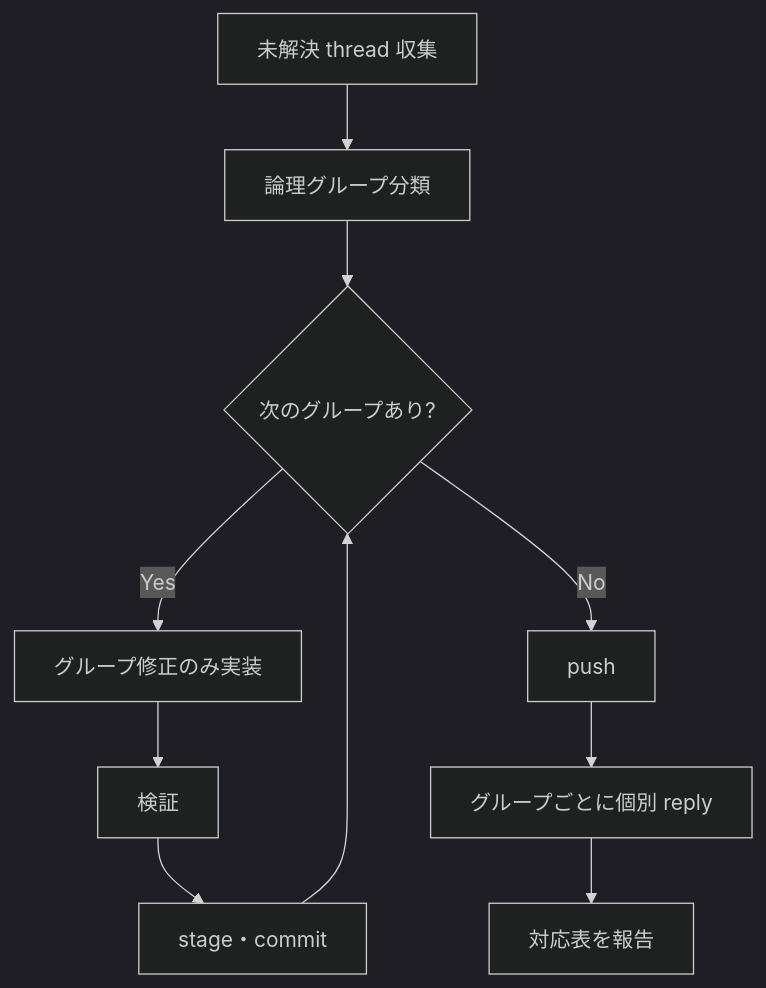
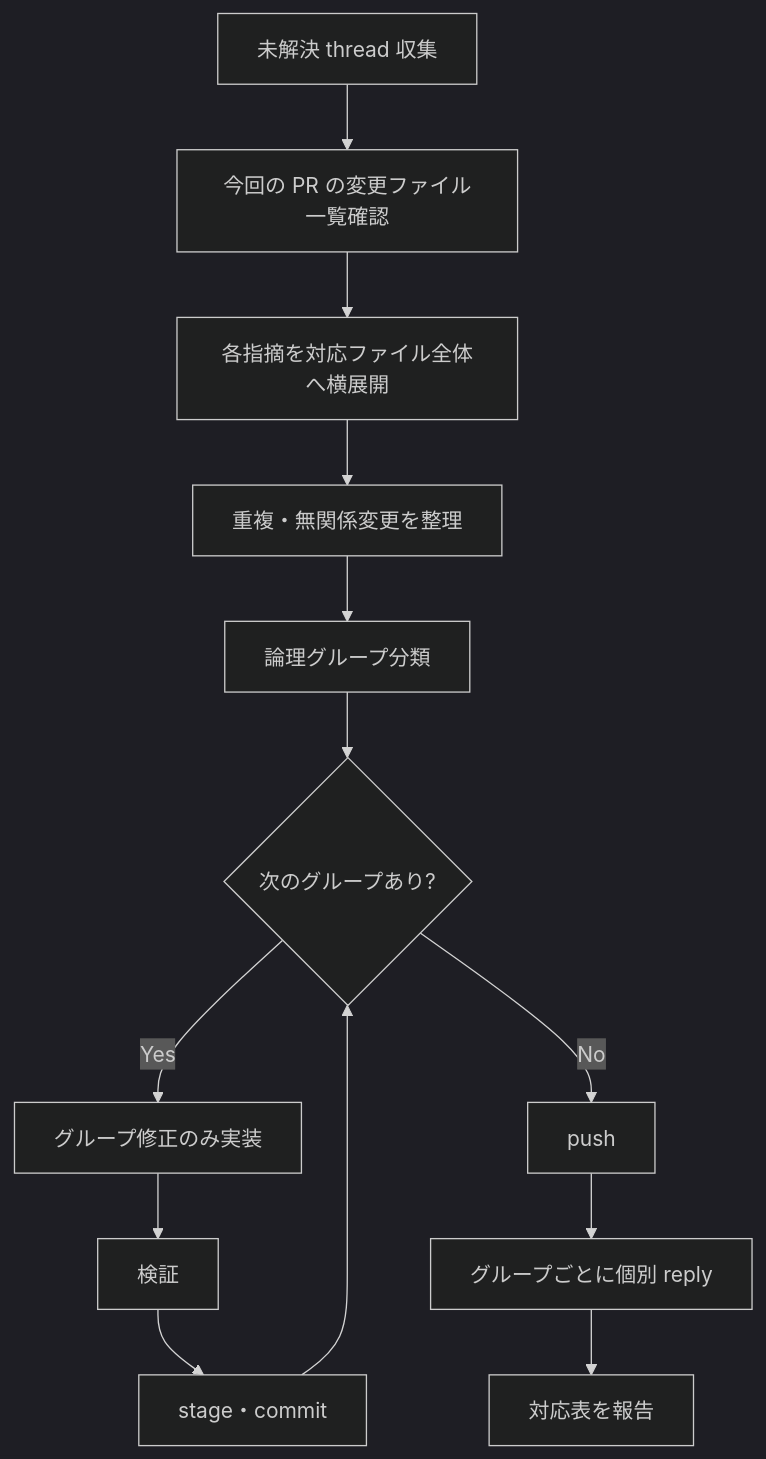
One commit to melumuccu/ai changed the diagram in .agents/skills/#kf-global-commands/kf-g-command-do-pr-rev-comment/references/group-commit-reply-sequence.md. Above: the diagram before and after it, drawn with Mermaid (dark theme). The commit also changed 1 other file, not shown here.

Commit message:
chore: skills > 指摘事項の対応範囲を横展開
- 概要: PRの変更ファイル全体へ指摘事項を横展開する手順を本文と参照フローへ追加
- Why: 同一のレビュー観点を対応対象ファイル間で取りこぼさず適用し、本文と参照手順の順序を一致させるため

````diff
--- a/.agents/skills/#kf-global-commands/kf-g-command-do-pr-rev-comment/references/group-commit-reply-sequence.md
+++ b/.agents/skills/#kf-global-commands/kf-g-command-do-pr-rev-comment/references/group-commit-reply-sequence.md
@@ -5,12 +5,15 @@
 ```mermaid
 flowchart TD
-  A[未解決 thread 収集] --> B[論理グループ分類]
-  B --> C{次のグループあり?}
-  C -->|Yes| D[グループ修正のみ実装]
-  D --> E[検証]
-  E --> F[stage・commit]
-  F --> C
-  C -->|No| G[push]
-  G --> H[グループごとに個別 reply]
-  H --> J[対応表を報告]
+  A[未解決 thread 収集] --> B[今回の PR の変更ファイル一覧確認]
+  B --> C[各指摘を対応ファイル全体へ横展開]
+  C --> D[重複・無関係変更を整理]
+  D --> E[論理グループ分類]
+  E --> F{次のグループあり?}
+  F -->|Yes| G[グループ修正のみ実装]
+  G --> H[検証]
+  H --> I[stage・commit]
+  I --> F
+  F -->|No| J[push]
+  J --> K[グループごとに個別 reply]
+  K --> L[対応表を報告]
 ```
````
